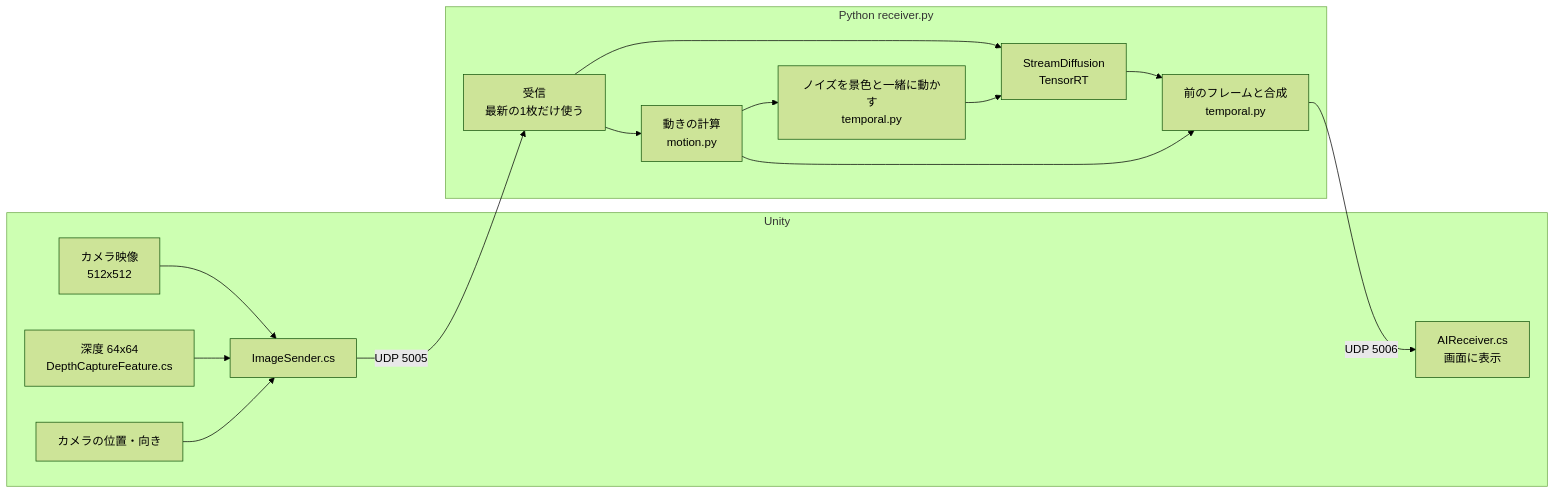
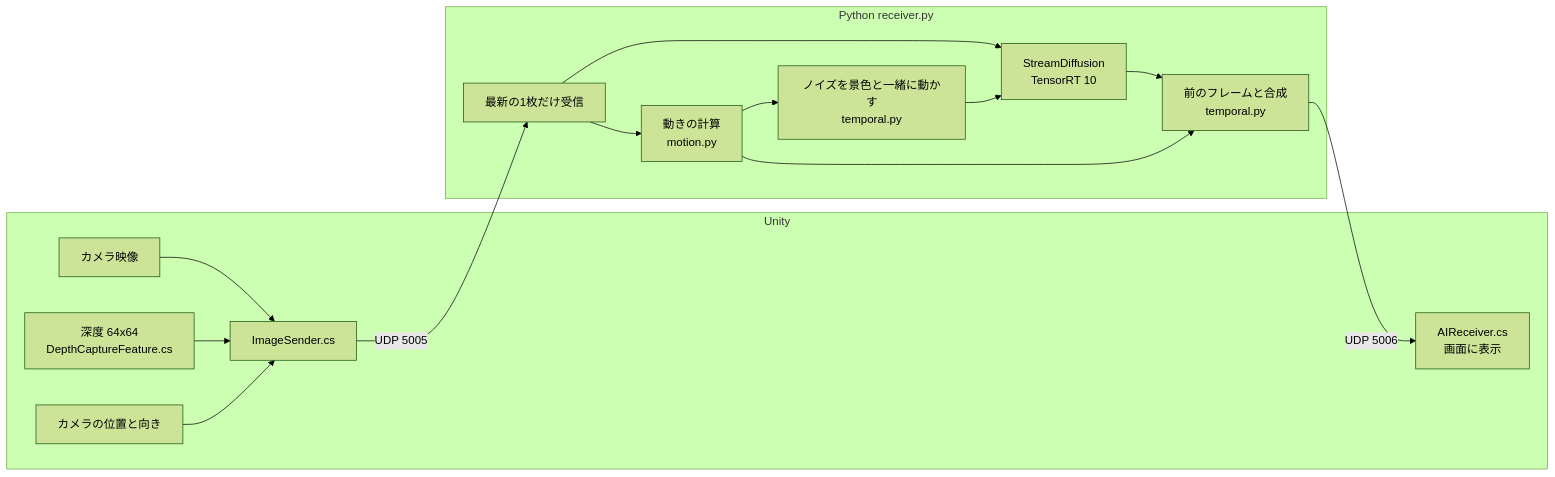
The second of 2 diagrams in README.md (YumaOkamoto1228/neural_rending_demo), drawn with Mermaid (forest theme) before and after one commit. The commit also changed other lines of this file and 1 other file, not shown here.

````diff
--- a/README.md
+++ b/README.md
@@ -35,19 +90,19 @@
 ```mermaid
 flowchart LR
     subgraph Unity
-        A[カメラ映像<br>512x512] --> S[ImageSender.cs]
+        A[カメラ映像] --> S[ImageSender.cs]
         D[深度 64x64<br>DepthCaptureFeature.cs] --> S
-        M[カメラの位置・向き] --> S
+        M[カメラの位置と向き] --> S
         R[AIReceiver.cs<br>画面に表示]
     end
     subgraph Python [Python receiver.py]
-        S -- UDP 5005 --> P[受信<br>最新の1枚だけ使う]
+        S -- UDP 5005 --> P[最新の1枚だけ受信]
         P --> F[動きの計算<br>motion.py]
-        P --> AI[StreamDiffusion<br>TensorRT]
+        P --> AI[StreamDiffusion<br>TensorRT 10]
         F --> N[ノイズを景色と一緒に動かす<br>temporal.py]
         N --> AI
         AI --> B[前のフレームと合成<br>temporal.py]
         F --> B
     end
     B -- UDP 5006 --> R
 ```
````
